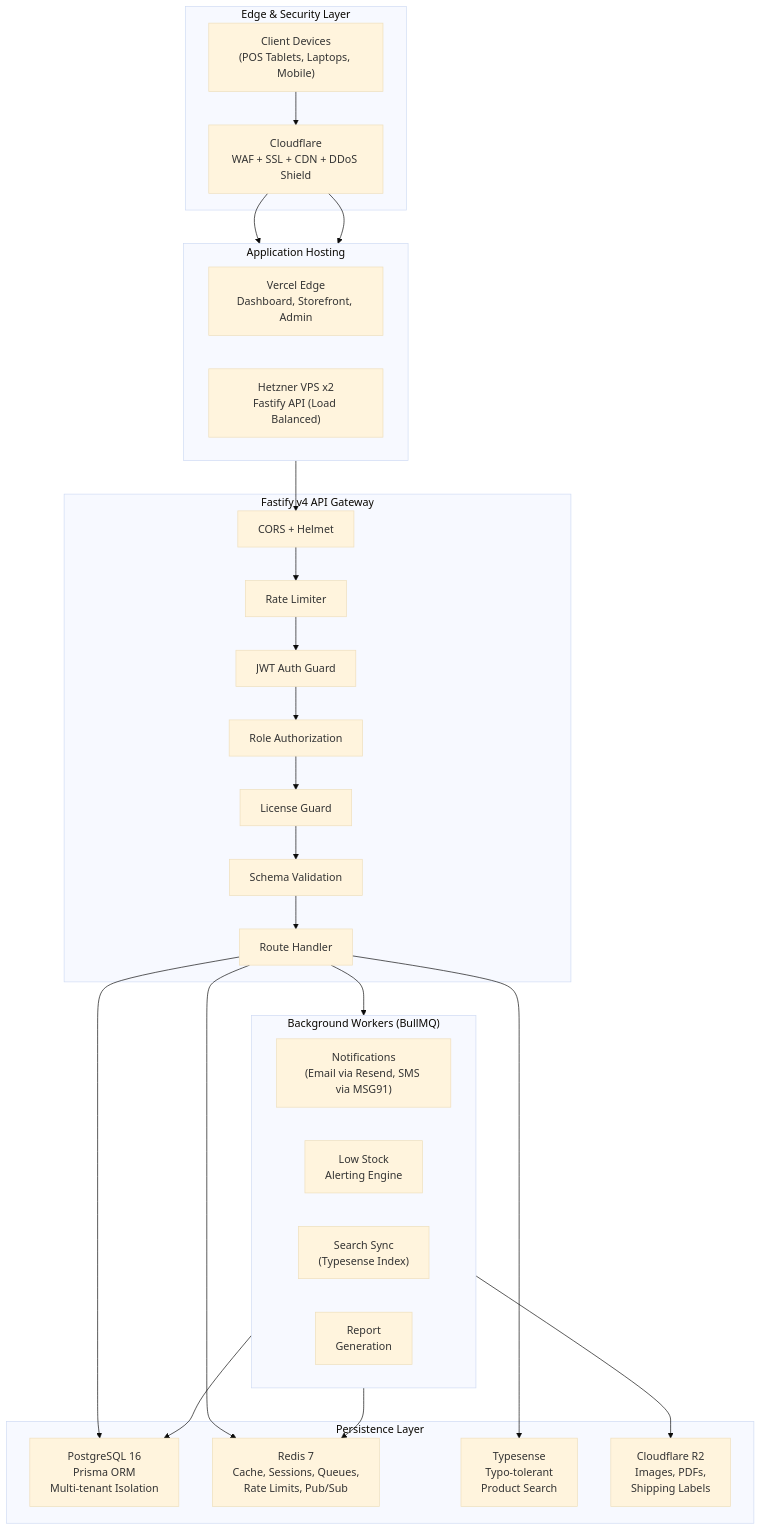
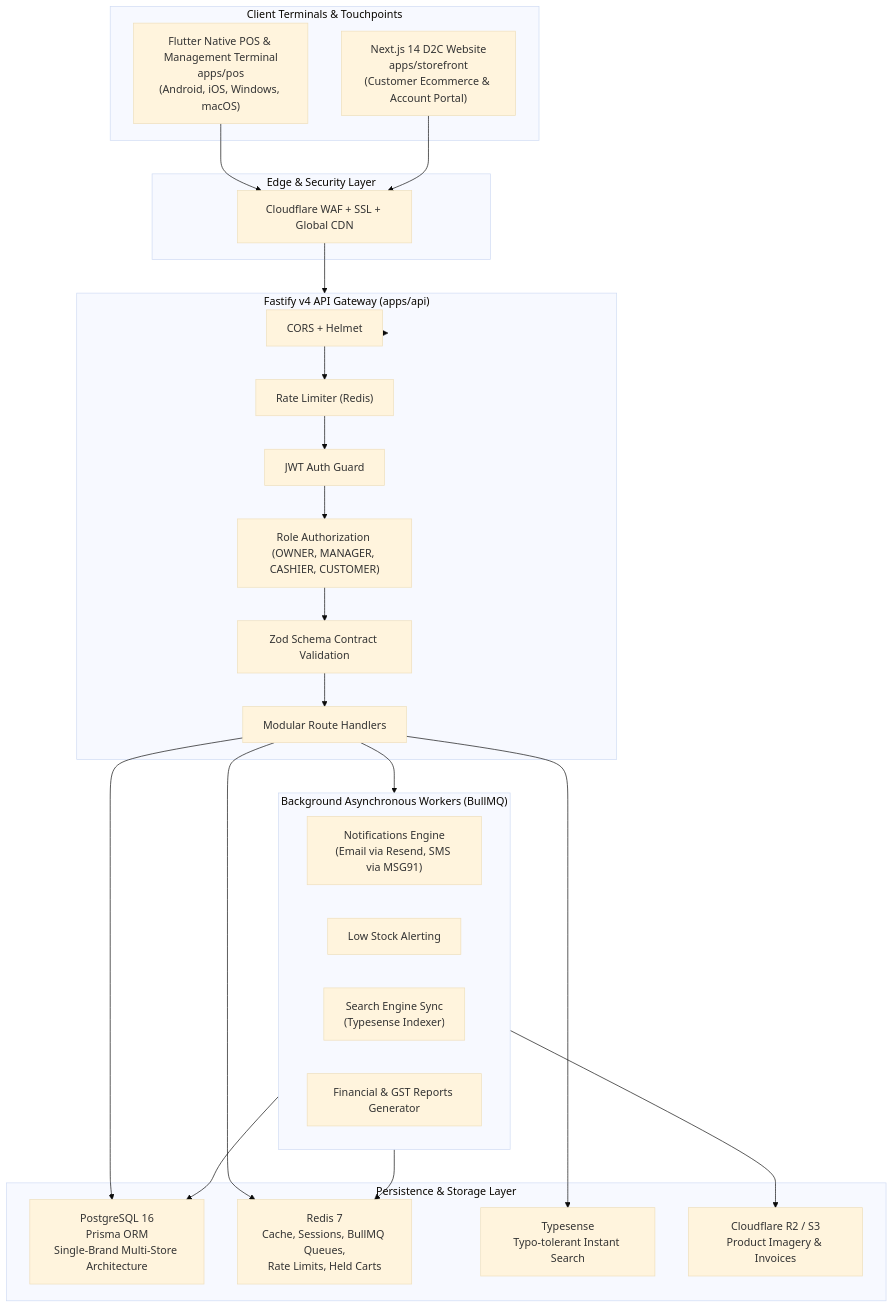
The first of 4 diagrams in docs/system-architecture.md (codernotme/marketplace), drawn with Mermaid (base theme) before and after one commit. The commit also changed other lines of this file and 264 other files, not shown here.

Commit message:
feat: initialize api and pos applications with initial modules and structure

````diff
--- a/docs/system-architecture.md
+++ b/docs/system-architecture.md
@@ -9,46 +9,47 @@
 ```mermaid
 flowchart TD
-    subgraph Edge["Edge & Security Layer"]
-        DEVICES["Client Devices<br/>(POS Tablets, Laptops, Mobile)"]
-        CF["Cloudflare<br/>WAF + SSL + CDN + DDoS Shield"]
+    subgraph Clients["Client Terminals & Touchpoints"]
+        POS["Flutter Native POS & Management Terminal<br/>apps/pos<br/>(Android, iOS, Windows, macOS)"]
+        STORE["Next.js 14 D2C Website<br/>apps/storefront<br/>(Customer Ecommerce & Account Portal)"]
     end
 
-    subgraph Hosting["Application Hosting"]
-        direction LR
-        VERCEL["Vercel Edge<br/>Dashboard, Storefront, Admin"]
-        HETZNER["Hetzner VPS x2<br/>Fastify API (Load Balanced)"]
+    subgraph Edge["Edge & Security Layer"]
+        CF["Cloudflare WAF + SSL + Global CDN"]
     end
 
-    subgraph API_LAYER["Fastify v4 API Gateway"]
+    subgraph API_GATEWAY["Fastify v4 API Gateway (apps/api)"]
         CORS["CORS + Helmet"]
-        RATE["Rate Limiter"]
+        RATE["Rate Limiter (Redis)"]
         AUTH["JWT Auth Guard"]
-        ROLE["Role Authorization"]
-        LIC["License Guard"]
-        VALIDATE["Schema Validation"]
-        HANDLER["Route Handler"]
+        ROLE["Role Authorization (OWNER, MANAGER, CASHIER, CUSTOMER)"]
+        VALIDATE["Zod Schema Contract Validation"]
+        HANDLER["Modular Route Handlers"]
     end
 
-    subgraph Workers["Background Workers (BullMQ)"]
-        W_NOTIF["Notifications<br/>(Email via Resend, SMS via MSG91)"]
-        W_STOCK["Low Stock<br/>Alerting Engine"]
-        W_SEARCH["Search Sync<br/>(Typesense Index)"]
-        W_REPORT["Report<br/>Generation"]
+    subgraph Workers["Background Asynchronous Workers (BullMQ)"]
+        W_NOTIF["Notifications Engine<br/>(Email via Resend, SMS via MSG91)"]
+        W_STOCK["Low Stock Alerting"]
+        W_SEARCH["Search Engine Sync<br/>(Typesense Indexer)"]
+        W_REPORTS["Financial & GST Reports Generator"]
     end
 
-    subgraph DataLayer["Persistence Layer"]
-        PG["PostgreSQL 16<br/>Prisma ORM<br/>Multi-tenant Isolation"]
-        RD["Redis 7<br/>Cache, Sessions, Queues,<br/>Rate Limits, Pub/Sub"]
-        TS["Typesense<br/>Typo-tolerant<br/>Product Search"]
-        R2["Cloudflare R2<br/>Images, PDFs,<br/>Shipping Labels"]
+    subgraph DataLayer["Persistence & Storage Layer"]
+        PG["PostgreSQL 16<br/>Prisma ORM<br/>Single-Brand Multi-Store Architecture"]
+        RD["Redis 7<br/>Cache, Sessions, BullMQ Queues,<br/>Rate Limits, Held Carts"]
+        TS["Typesense<br/>Typo-tolerant Instant Search"]
+        R2["Cloudflare R2 / S3<br/>Product Imagery & Invoices"]
     end
 
-    DEVICES --> CF
-    CF --> VERCEL
-    CF --> HETZNER
+    POS --> CF
+    STORE --> CF
+    CF --> API_GATEWAY
 
-    HETZNER --> CORS --> RATE --> AUTH --> ROLE --> LIC --> VALIDATE --> HANDLER
-    HANDLER --> PG & RD & TS
+    API_GATEWAY --> CORS --> RATE --> AUTH --> ROLE --> VALIDATE --> HANDLER
+    HANDLER --> PG
+    HANDLER --> RD
+    HANDLER --> TS
     HANDLER --> Workers
-    Workers --> PG & RD & R2
+    Workers --> PG
+    Workers --> RD
+    Workers --> R2
 ```
````
